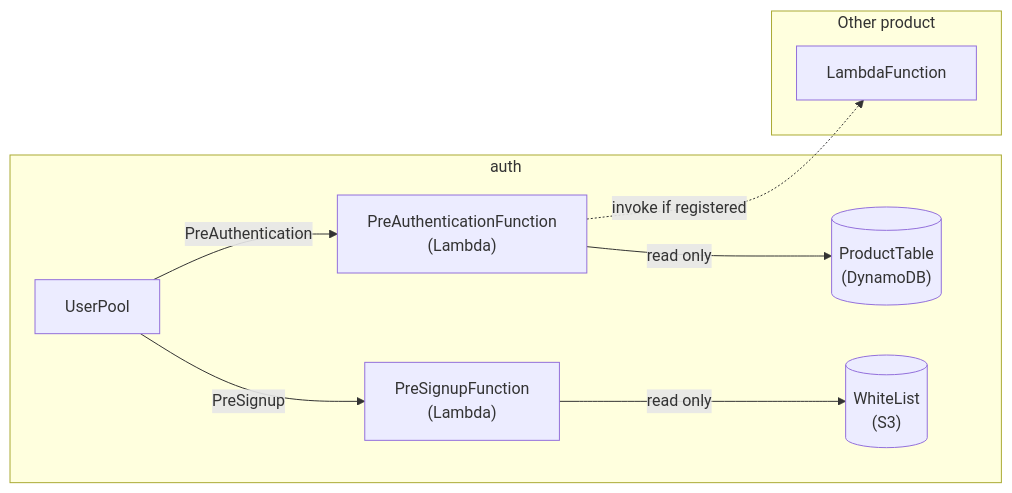
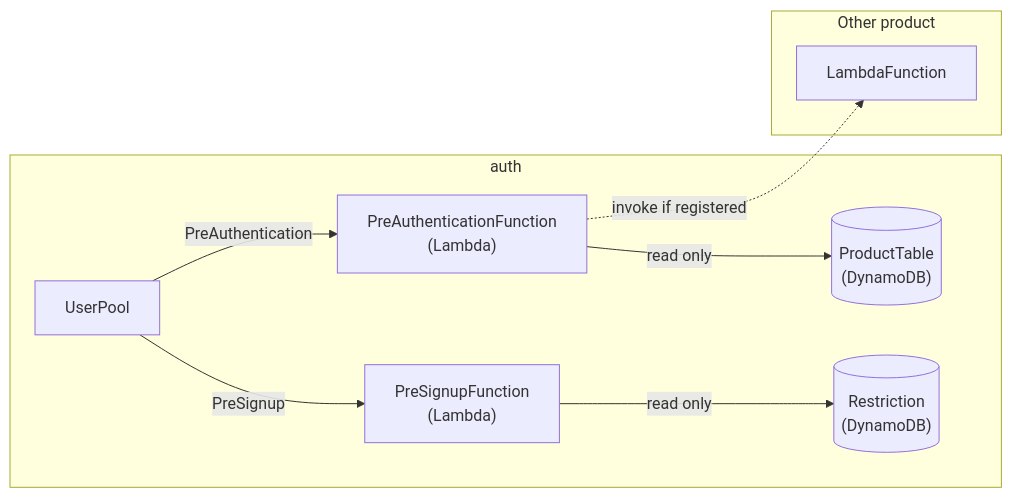
One commit to yunomu/auth changed the diagram in README.md. Above: the diagram before and after it, drawn with Mermaid. The commit also changed other lines of this file, not shown here.

````diff
--- a/README.md
+++ b/README.md
@@ -9,21 +9,21 @@
 ```mermaid
 graph LR;
   subgraph auth
     UserPool[UserPool]
     PreSign["PreSignupFunction\n(Lambda)"]
     PreAuth["PreAuthenticationFunction\n(Lambda)"]
     Product[("ProductTable\n(DynamoDB)")]
-    WhiteList[("WhiteList\n(S3)")]
+    Restriction[("Restriction\n(DynamoDB)")]
   end
 
   UserPool -- PreAuthentication --> PreAuth
   UserPool -- PreSignup --> PreSign
   PreAuth -- read only --> Product
-  PreSign -- read only --> WhiteList
+  PreSign -- read only --> Restriction
 
   subgraph otherproduct[Other product]
     Function[LambdaFunction]
   end
 
   PreAuth -. invoke if registered .-> Function
 ```
````
